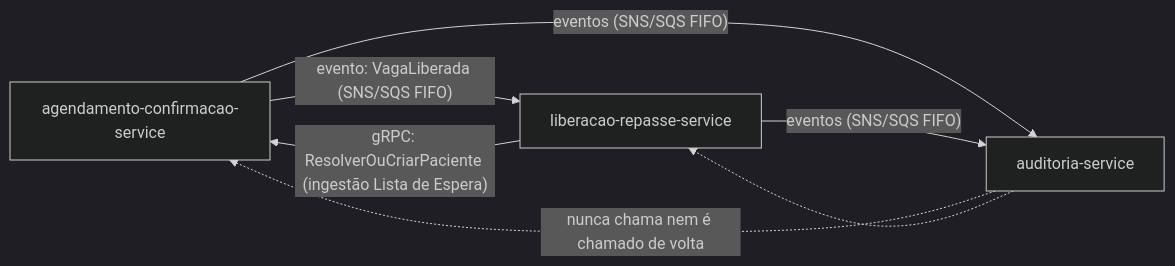
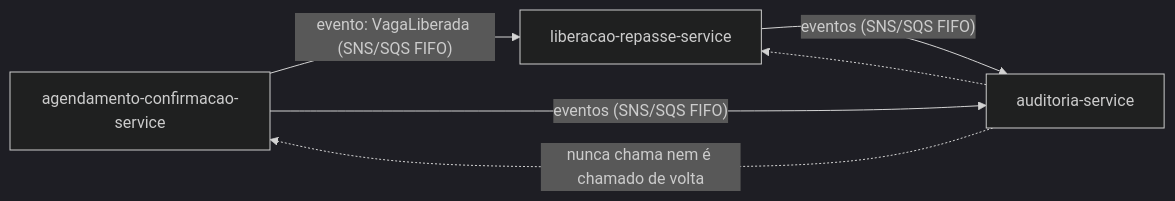
One commit to thiagohaf/adjt-fase5-fila-justa changed the first of 4 diagrams in _bmad-output/planning-artifacts/architecture/architecture-Fase5-2026-09-17/ARCHITECTURE-SPINE.md. Above: the diagram before and after it, drawn with Mermaid (dark theme). The commit also changed other lines of this file and 8 other files, not shown here.

````diff
--- a/_bmad-output/planning-artifacts/architecture/architecture-Fase5-2026-09-17/ARCHITECTURE-SPINE.md
+++ b/_bmad-output/planning-artifacts/architecture/architecture-Fase5-2026-09-17/ARCHITECTURE-SPINE.md
@@ -66,9 +66,8 @@
 ```mermaid
 graph LR
   ACc[agendamento-confirmacao-service] -- "evento: VagaLiberada (SNS/SQS FIFO)" --> LRc[liberacao-repasse-service]
-  LRc -- "gRPC: ResolverOuCriarPaciente (ingestão Lista de Espera)" --> ACc
   ACc -- "eventos (SNS/SQS FIFO)" --> AUc[auditoria-service]
   LRc -- "eventos (SNS/SQS FIFO)" --> AUc
   AUc -. "nunca chama nem é chamado de volta" .-> ACc
   AUc -. " " .-> LRc
 ```
````
